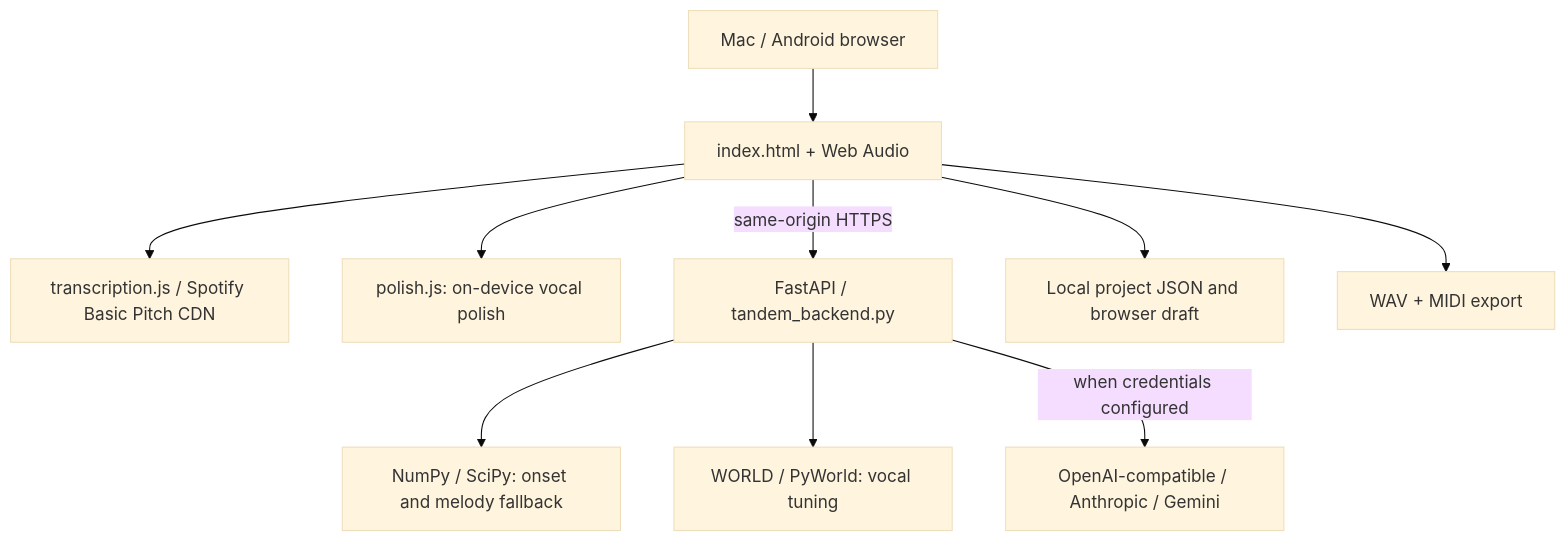
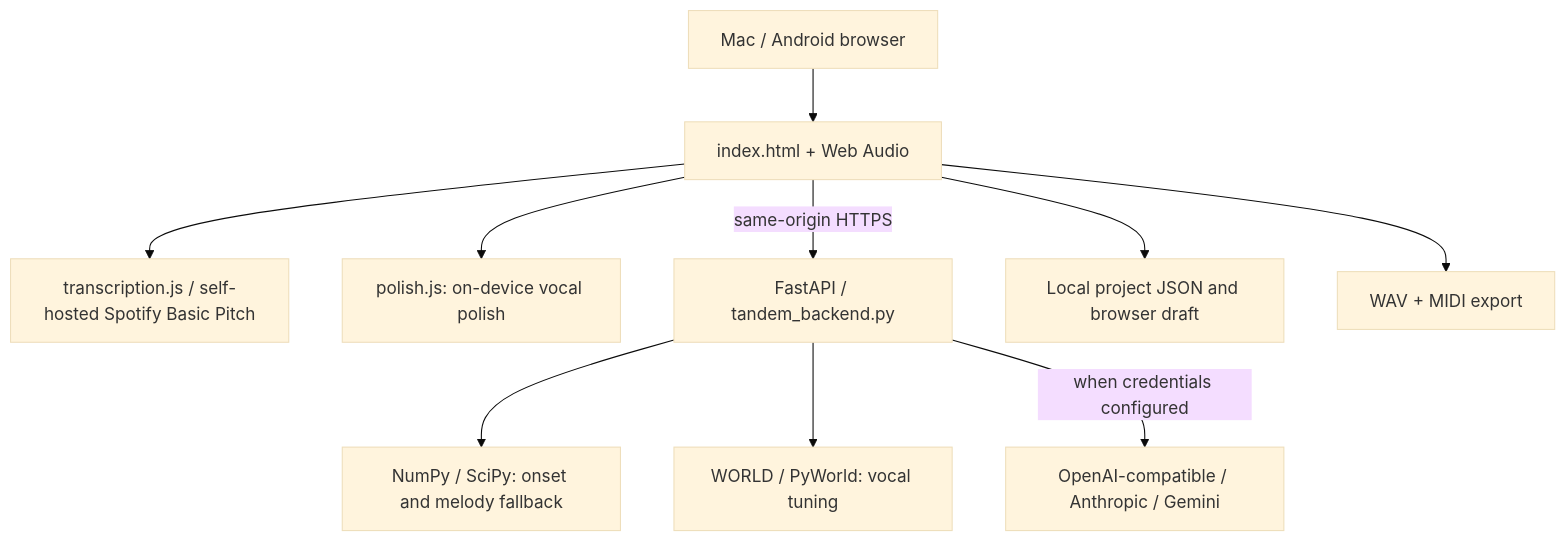
One commit to ogoldberg/tandem-music changed the diagram in docs/ARCHITECTURE.md. Above: the diagram before and after it, drawn with Mermaid (base theme). The commit also changed 16 other files, not shown here.

First line of the commit message:
SEC.3: self-host the Basic Pitch bundle and model (#8)

````diff
--- a/docs/ARCHITECTURE.md
+++ b/docs/ARCHITECTURE.md
@@ -7,12 +7,12 @@
 ```mermaid
 flowchart TD
   User[Mac / Android browser] --> UI[index.html + Web Audio]
-  UI --> Basic[transcription.js / Spotify Basic Pitch CDN]
+  UI --> Basic[transcription.js / self-hosted Spotify Basic Pitch]
   UI --> Polish[polish.js: on-device vocal polish]
   UI -->|same-origin HTTPS| API[FastAPI / tandem_backend.py]
   API --> DSP[NumPy / SciPy: onset and melody fallback]
   API --> World[WORLD / PyWorld: vocal tuning]
   API -->|when credentials configured| LLM[OpenAI-compatible / Anthropic / Gemini]
   UI --> Local[Local project JSON and browser draft]
   UI --> Export[WAV + MIDI export]
 ```
````
